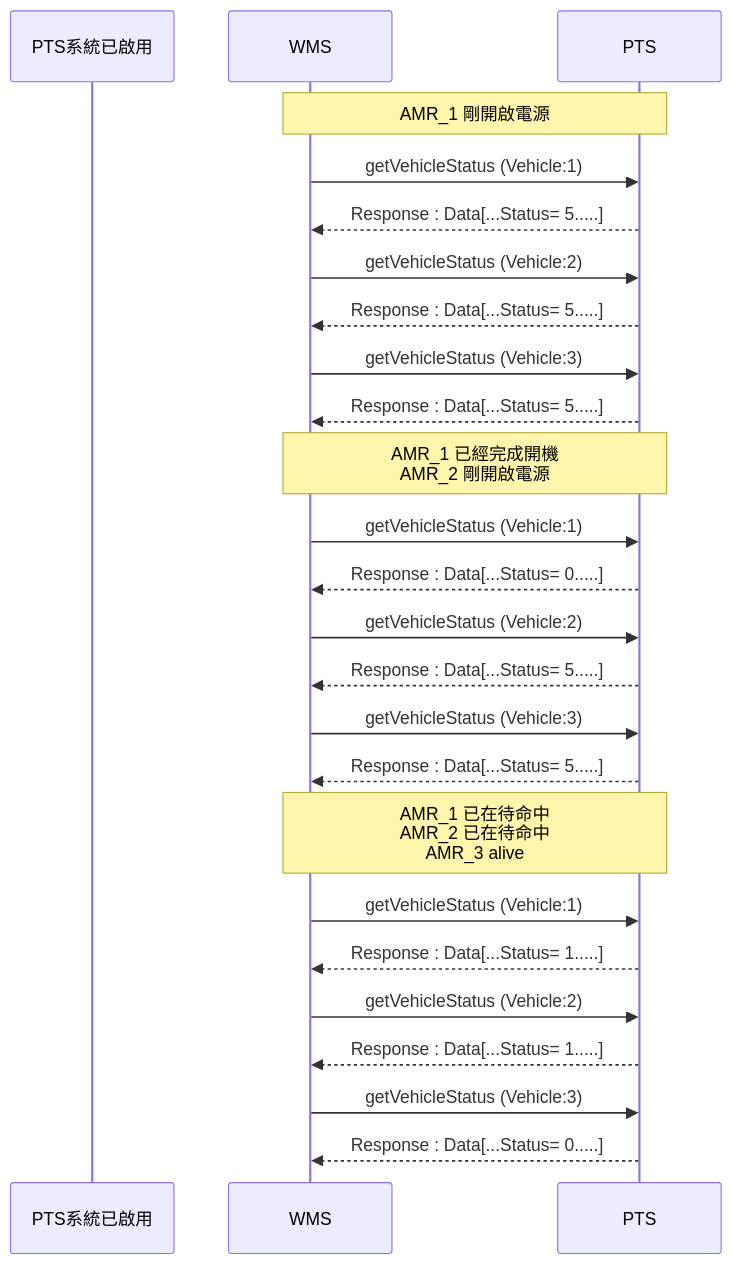
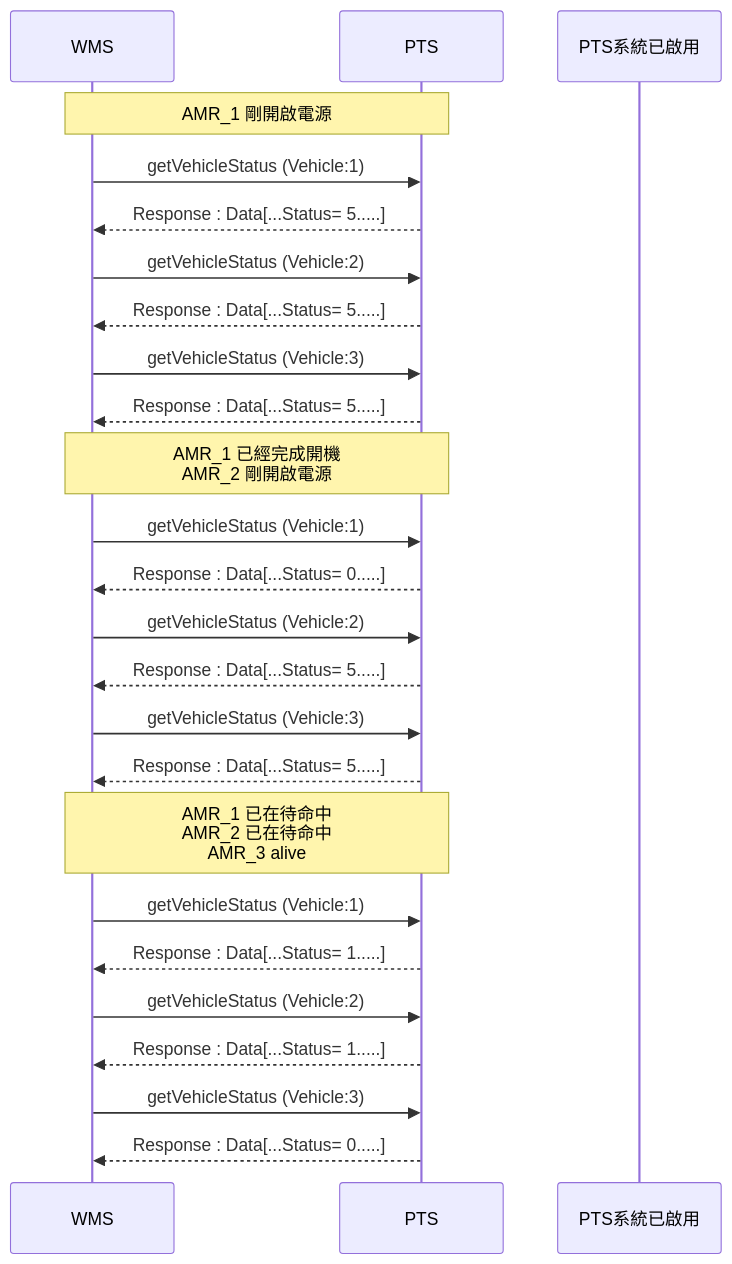
Before and after one commit to athena-tircgo/amr-wms-lsj: the sixth of 10 diagrams in README.md, drawn with Mermaid. The commit also changed other lines of this file, not shown here.

````diff
--- a/README.md
+++ b/README.md
@@ -354,32 +354,32 @@
 ```mermaid
 sequenceDiagram
-    participant PTS系統已啟用
     participant WMS
     participant PTS
+    participant PTS系統已啟用
     
     note over PTS,WMS: AMR_1 剛開啟電源
         WMS->>PTS:getVehicleStatus (Vehicle:1)
         PTS-->>WMS:Response : Data[...Status= 5.....]
         WMS->>PTS:getVehicleStatus (Vehicle:2)
         PTS-->>WMS:Response : Data[...Status= 5.....]
         WMS->>PTS:getVehicleStatus (Vehicle:3)
         PTS-->>WMS:Response : Data[...Status= 5.....]
 
     note over PTS,WMS: AMR_1 已經完成開機<br>AMR_2 剛開啟電源
         WMS->>PTS:getVehicleStatus (Vehicle:1)
         PTS-->>WMS:Response : Data[...Status= 0.....]
         WMS->>PTS:getVehicleStatus (Vehicle:2)
         PTS-->>WMS:Response : Data[...Status= 5.....]
         WMS->>PTS:getVehicleStatus (Vehicle:3)
         PTS-->>WMS:Response : Data[...Status= 5.....]
 
  　　note over PTS,WMS: AMR_1 已在待命中<br>AMR_2 已在待命中<br>AMR_3 alive
         WMS->>PTS:getVehicleStatus (Vehicle:1)
         PTS-->>WMS:Response : Data[...Status= 1.....]
         WMS->>PTS:getVehicleStatus (Vehicle:2)
         PTS-->>WMS:Response : Data[...Status= 1.....]
         WMS->>PTS:getVehicleStatus (Vehicle:3)
         PTS-->>WMS:Response : Data[...Status= 0.....]
 
 
 ```
````
